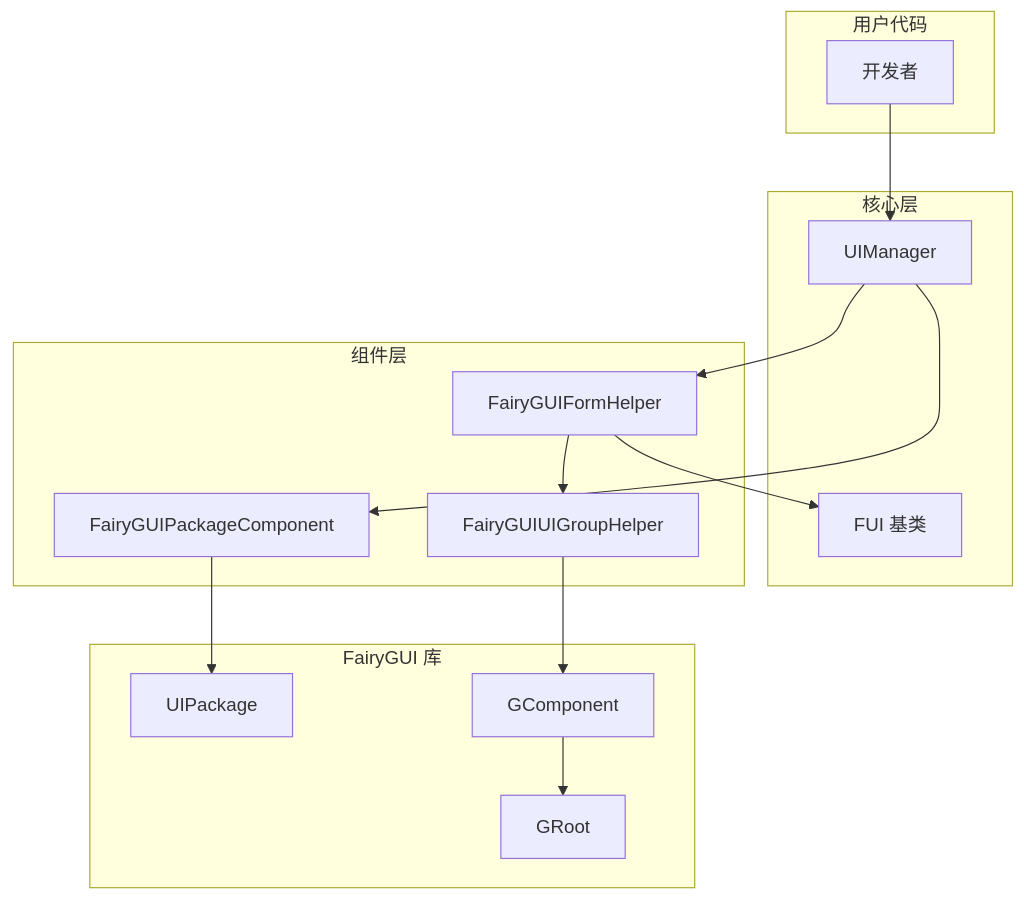
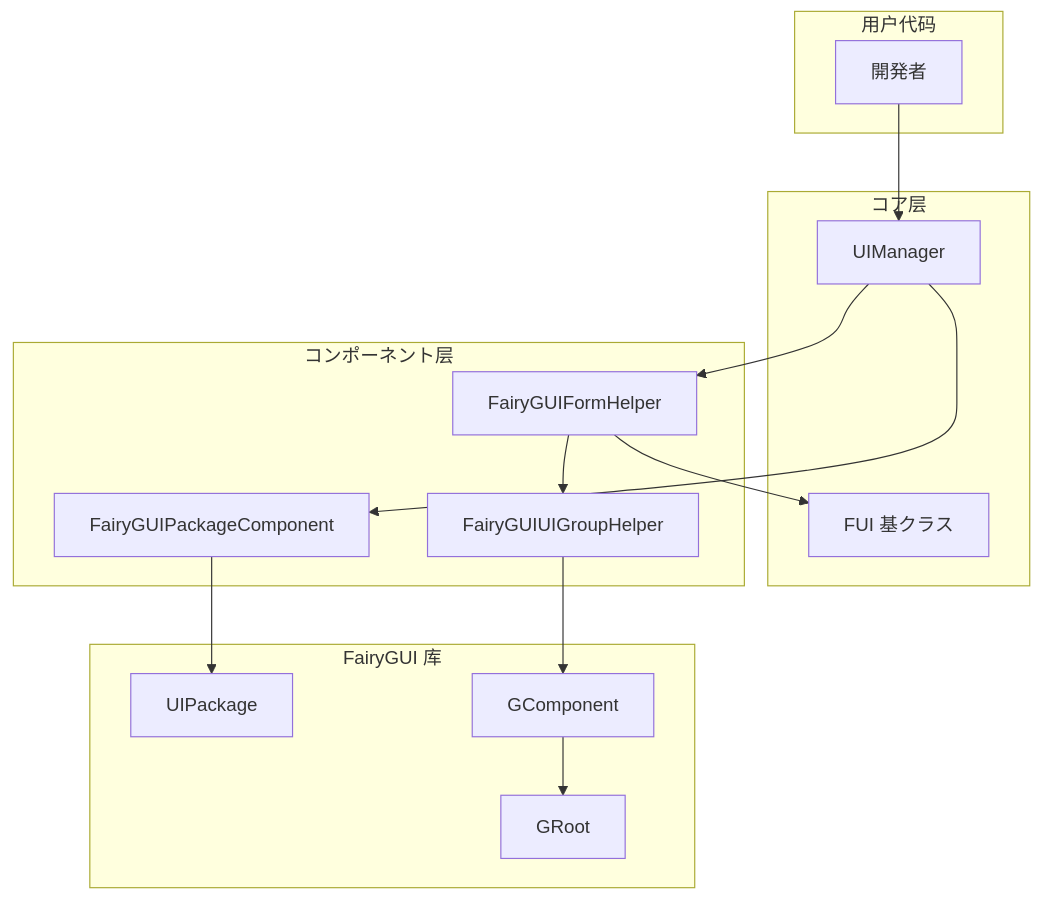
The diagram in docs/ja/client/unity/component/ui-fairygui/15.troubleshooting.md (AlianBlank/GameFrameX.Docs), drawn with Mermaid before and after one commit. The commit also changed other lines of this file and 603 other files, not shown here.

````diff
--- a/docs/ja/client/unity/component/ui-fairygui/15.troubleshooting.md
+++ b/docs/ja/client/unity/component/ui-fairygui/15.troubleshooting.md
@@ -261,32 +261,32 @@
 ```mermaid
 flowchart TD
     subgraph External["用户代码"]
-        Developer[开发者]
+        Developer[開発者]
     end
 
-    subgraph Core["核心层"]
+    subgraph Core["コア层"]
         UIMgr[UIManager]
-        FUI[FUI 基类]
+        FUI[FUI 基クラス]
     end
 
-    subgraph Components["组件层"]
+    subgraph Components["コンポーネント层"]
         PKG[FairyGUIPackageComponent]
         FormHelper[FairyGUIFormHelper]
         UIGroupHelper[FairyGUIUIGroupHelper]
     end
 
     subgraph FairyGUI["FairyGUI 库"]
         UIPackage[UIPackage]
         GComponent[GComponent]
         GRoot[GRoot]
     end
 
     Developer --> UIMgr
     UIMgr --> FormHelper
     UIMgr --> PKG
     FormHelper --> FUI
     FormHelper --> UIGroupHelper
     UIGroupHelper --> GComponent
     PKG --> UIPackage
     GComponent --> GRoot
 ```
````
